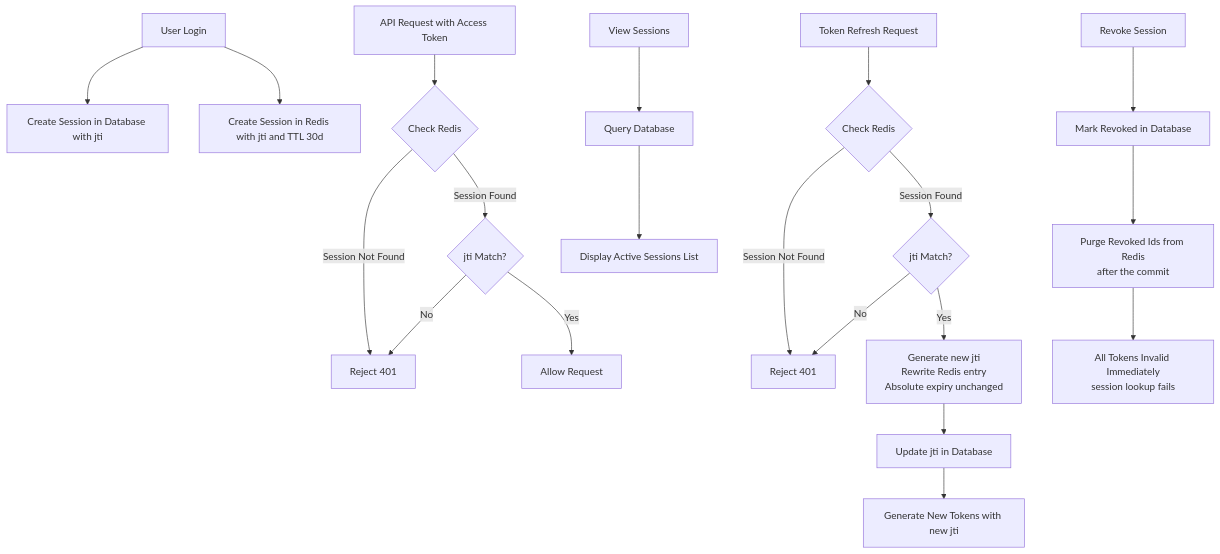
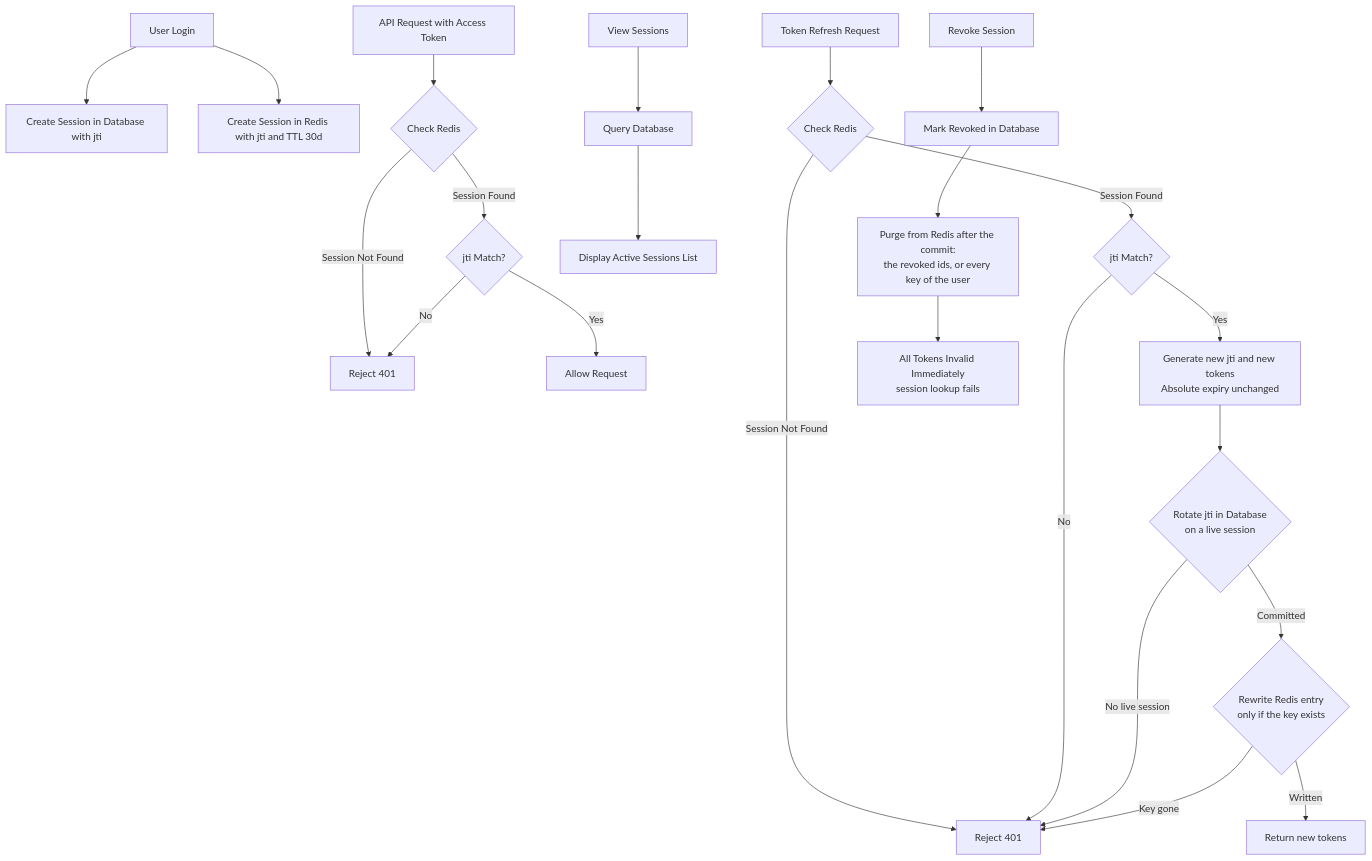
Before and after one commit to andrechristikan/ack-nestjs-boilerplate: the ninth of 10 diagrams in docs/authentication.md, drawn with Mermaid. The commit also changed other lines of this file and 141 other files, not shown here.

````diff
--- a/docs/authentication.md
+++ b/docs/authentication.md
@@ -1142,29 +1170,32 @@
 ```mermaid
 graph TB
     A[User Login] --> B[Create Session in Database with jti]
     A --> C[Create Session in Redis with jti and TTL 30d]
     
     D[API Request with Access Token] --> E{Check Redis}
     E -->|Session Found| F{jti Match?}
     E -->|Session Not Found| G[Reject 401]
     
     F -->|Yes| H[Allow Request]
     F -->|No| G
     
     I[Token Refresh Request] --> J{Check Redis}
     J -->|Session Found| K{jti Match?}
     J -->|Session Not Found| L[Reject 401]
     
-    K -->|Yes| M[Generate new jti<br/>Rewrite Redis entry<br/>Absolute expiry unchanged]
+    K -->|Yes| M[Generate new jti and new tokens<br/>Absolute expiry unchanged]
     K -->|No| L
     
-    M --> N[Update jti in Database]
-    N --> O[Generate New Tokens with new jti]
+    M --> N{Rotate jti in Database<br/>on a live session}
+    N -->|No live session| L
+    N -->|Committed| O{Rewrite Redis entry<br/>only if the key exists}
+    O -->|Key gone| L
+    O -->|Written| W[Return new tokens]
     
     P[View Sessions] --> Q[Query Database]
     Q --> R[Display Active Sessions List]
     
     T[Revoke Session] --> S[Mark Revoked in Database]
-    S --> U[Purge Revoked Ids from Redis<br/>after the commit]
+    S --> U[Purge from Redis after the commit:<br/>the revoked ids, or every key of the user]
     U --> V[All Tokens Invalid Immediately<br/>session lookup fails]
 ```
````
